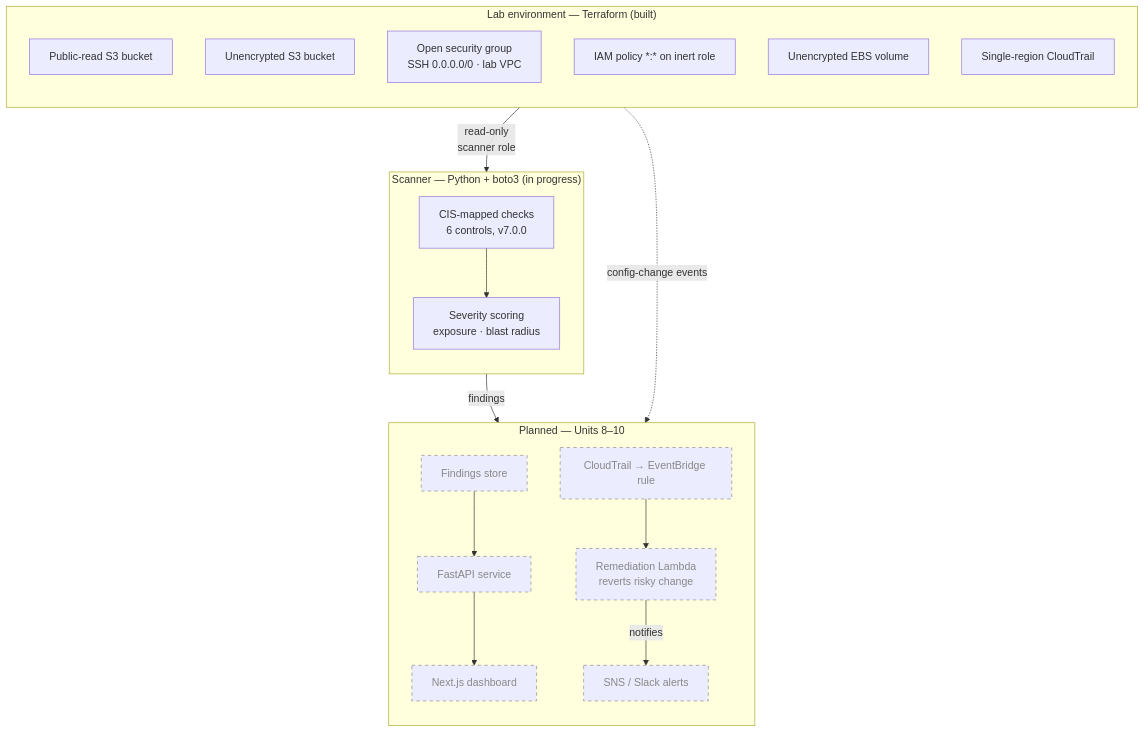
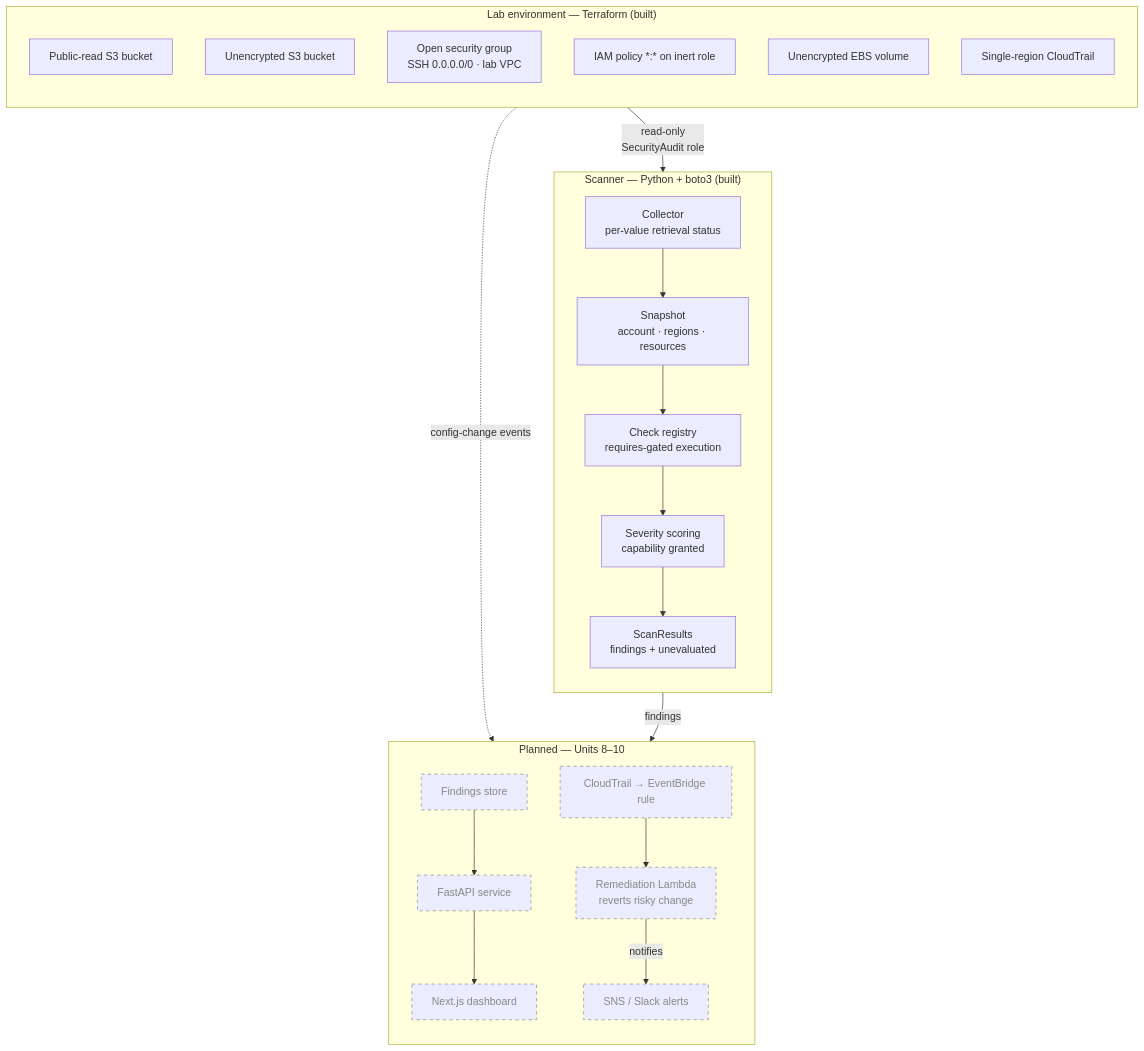
Before and after one commit to DevAnnafi/AWS-Security-Posture-Monitor: the diagram in README.md, drawn with Mermaid. The commit also changed other lines of this file and 2 other files, not shown here.

Commit message:
Unit 6: parallelize per-bucket collection with a thread pool

````diff
--- a/README.md
+++ b/README.md
@@ -17,39 +19,42 @@
 ```mermaid
 flowchart TB
     subgraph LAB["Lab environment — Terraform (built)"]
         direction TB
         L1["Public-read S3 bucket"]
         L2["Unencrypted S3 bucket"]
         L3["Open security group<br/>SSH 0.0.0.0/0 · lab VPC"]
         L4["IAM policy *:* on inert role"]
         L5["Unencrypted EBS volume"]
         L6["Single-region CloudTrail"]
     end
 
-    subgraph SCANNER["Scanner — Python + boto3 (in progress)"]
+    subgraph SCANNER["Scanner — Python + boto3 (built)"]
         direction TB
-        S1["CIS-mapped checks<br/>6 controls, v7.0.0"]
-        S2["Severity scoring<br/>exposure · blast radius"]
-        S1 --> S2
+        C1["Collector<br/>per-value retrieval status"]
+        C2["Snapshot<br/>account · regions · resources"]
+        C3["Check registry<br/>requires-gated execution"]
+        C4["Severity scoring<br/>capability granted"]
+        C5["ScanResults<br/>findings + unevaluated"]
+        C1 --> C2 --> C3 --> C4 --> C5
     end
 
     subgraph FUTURE["Planned — Units 8–10"]
         direction TB
         F1["CloudTrail → EventBridge rule"]
         F2["Remediation Lambda<br/>reverts risky change"]
         F3["Findings store"]
         F4["FastAPI service"]
         F5["Next.js dashboard"]
         F6["SNS / Slack alerts"]
         F1 --> F2
         F3 --> F4 --> F5
     end
 
-    LAB -->|"read-only<br/>scanner role"| SCANNER
-    SCANNER -->|"findings"| F3
+    LAB -->|"read-only<br/>SecurityAudit role"| C1
+    C5 -->|"findings"| F3
     F2 -->|"notifies"| F6
     LAB -.->|"config-change events"| F1
 
     classDef planned stroke-dasharray:5 5,stroke:#888,color:#888;
     class F1,F2,F3,F4,F5,F6 planned;
 ```
````
